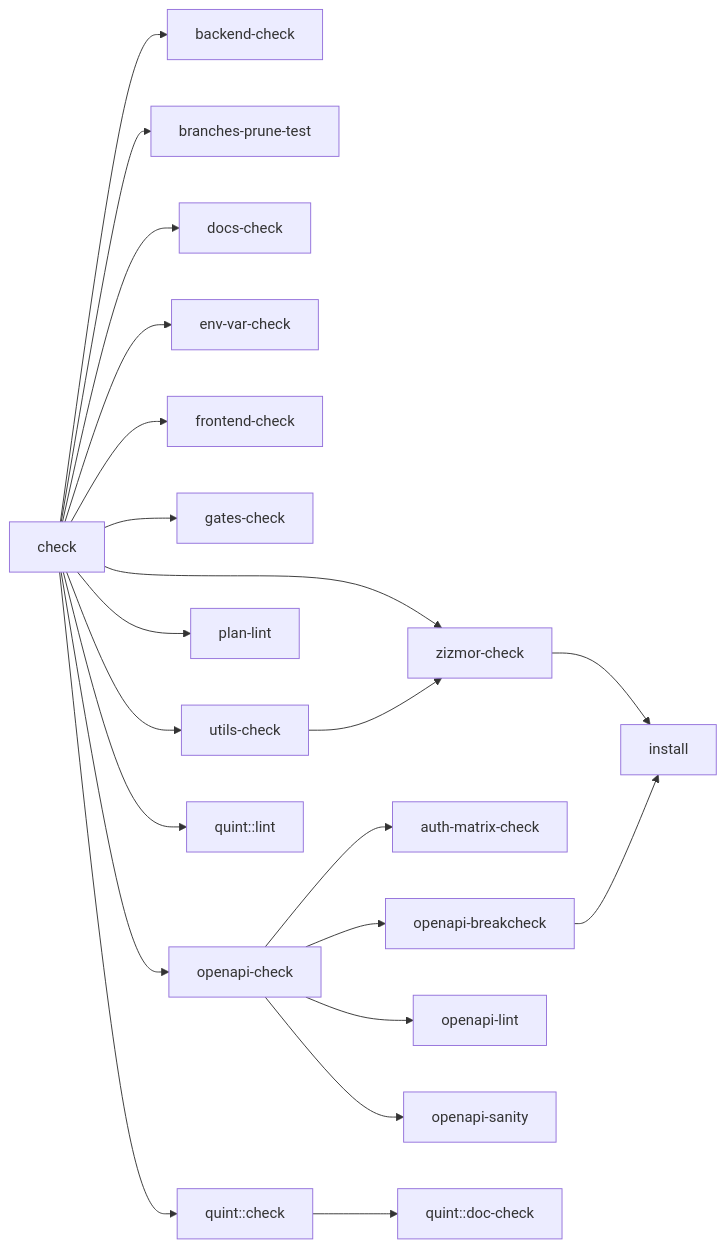
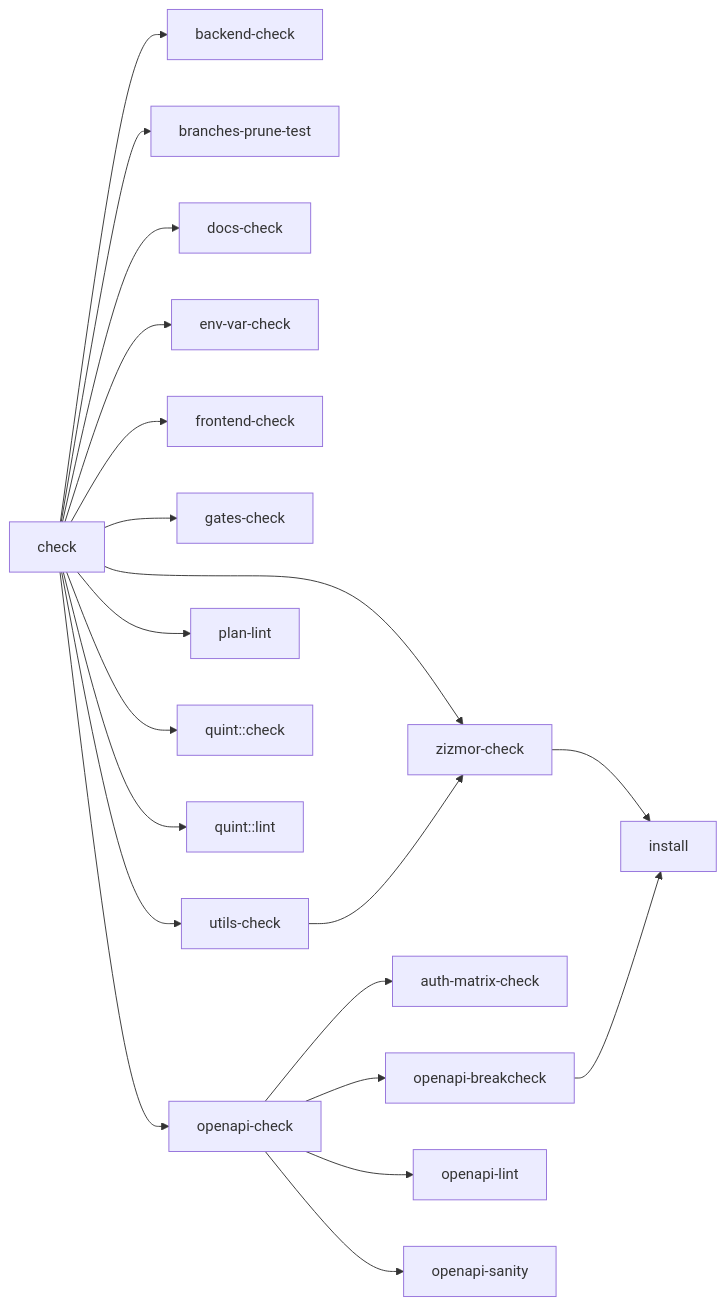
The first of 10 diagrams in docs/quality-gates.md (codesam88/picasu), drawn with Mermaid before and after one commit. The commit also changed other lines of this file and 26 other files, not shown here.

````diff
--- a/docs/quality-gates.md
+++ b/docs/quality-gates.md
@@ -9,23 +9,22 @@
 ```mermaid
 graph LR
   check --> backend-check
   check --> branches-prune-test
   check --> docs-check
   check --> env-var-check
   check --> frontend-check
   check --> gates-check
   check --> openapi-check
   check --> plan-lint
   check --> quint::check
   check --> quint::lint
   check --> utils-check
   check --> zizmor-check
   openapi-check --> auth-matrix-check
   openapi-check --> openapi-breakcheck
   openapi-check --> openapi-lint
   openapi-check --> openapi-sanity
-  quint::check --> quint::doc-check
   utils-check --> zizmor-check
   zizmor-check --> install
   openapi-breakcheck --> install
 ```
````
